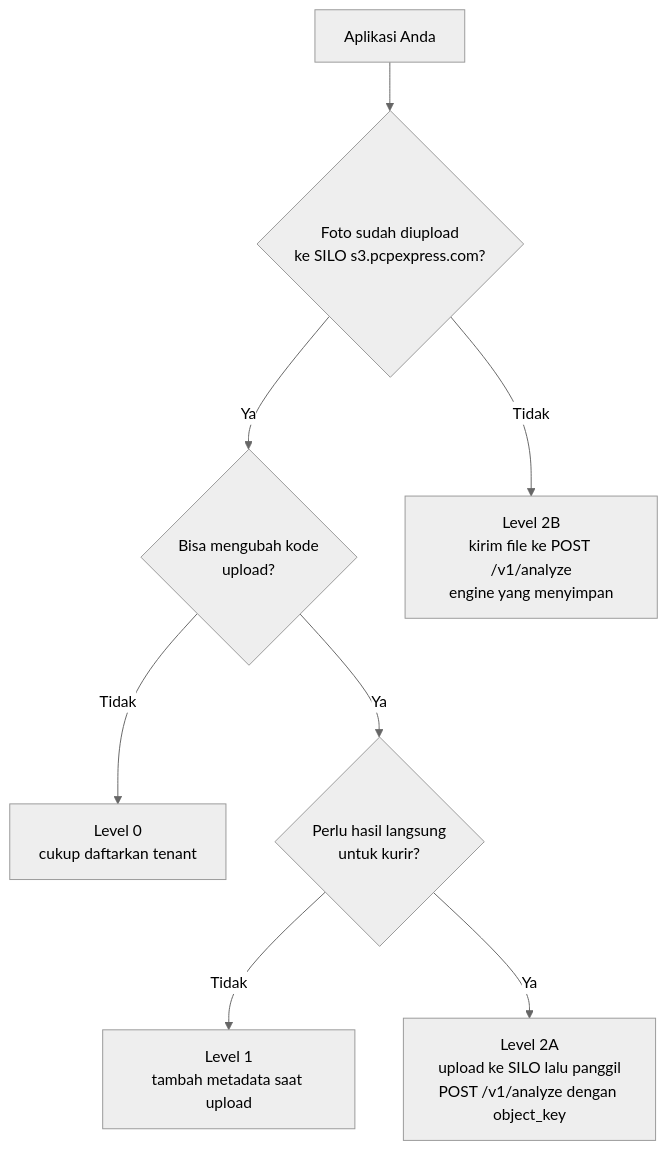
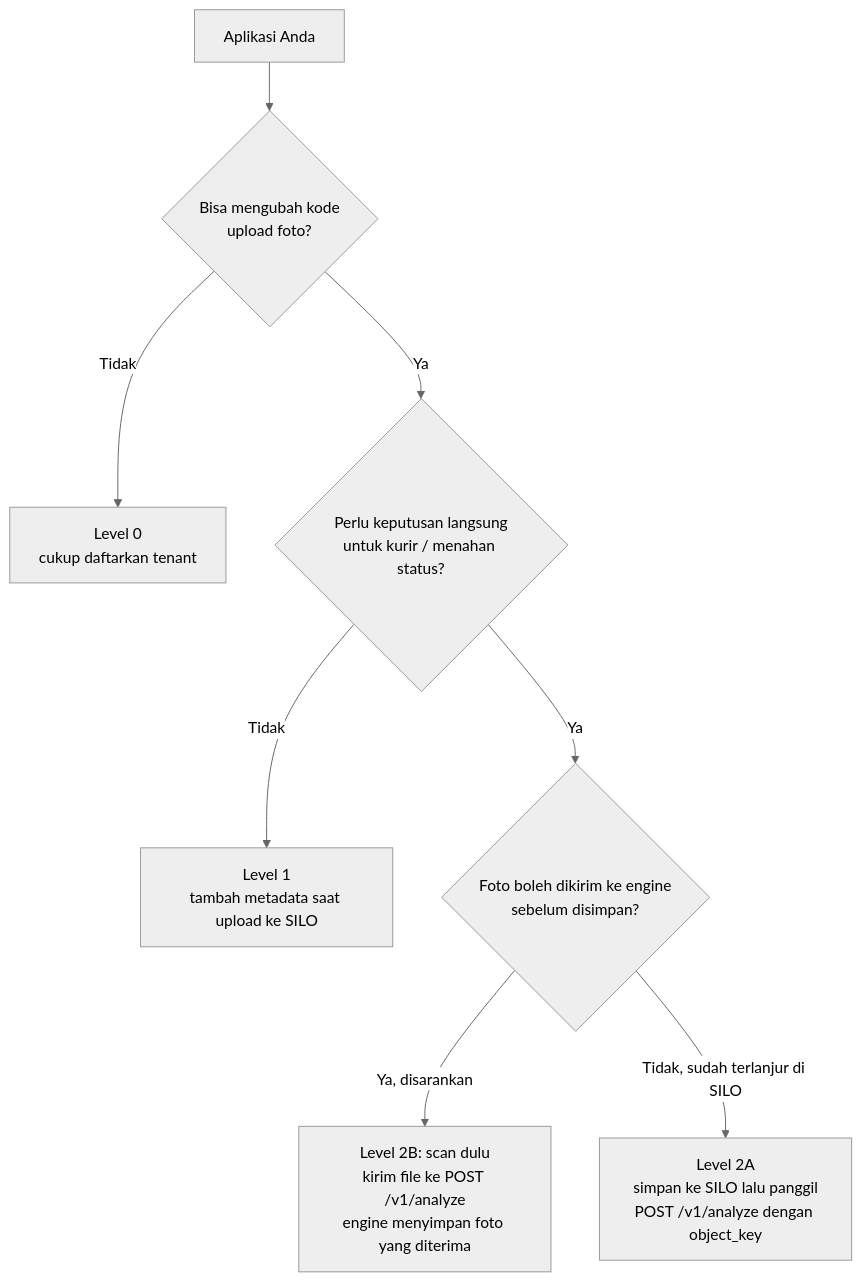
Before and after one commit to anas-fikri/ocr-engine: the second of 2 diagrams in docs/integration-guide.md, drawn with Mermaid (neutral theme). The commit also changed other lines of this file and 10 other files, not shown here.

````diff
--- a/docs/integration-guide.md
+++ b/docs/integration-guide.md
@@ -156,10 +169,10 @@
 ```mermaid
 flowchart TD
-    A[Aplikasi Anda] --> B{Foto sudah diupload<br/>ke SILO s3.pcpexpress.com?}
-    B -- Ya --> C{Bisa mengubah kode<br/>upload?}
+    A[Aplikasi Anda] --> C{Bisa mengubah kode<br/>upload foto?}
     C -- Tidak --> L0[Level 0<br/>cukup daftarkan tenant]
-    C -- Ya --> D{Perlu hasil langsung<br/>untuk kurir?}
-    D -- Tidak --> L1[Level 1<br/>tambah metadata saat upload]
-    D -- Ya --> L2A[Level 2A<br/>upload ke SILO lalu panggil<br/>POST /v1/analyze dengan object_key]
-    B -- Tidak --> L2B[Level 2B<br/>kirim file ke POST /v1/analyze<br/>engine yang menyimpan]
+    C -- Ya --> D{Perlu keputusan langsung<br/>untuk kurir / menahan status?}
+    D -- Tidak --> L1[Level 1<br/>tambah metadata saat upload ke SILO]
+    D -- Ya --> E{Foto boleh dikirim ke engine<br/>sebelum disimpan?}
+    E -- Ya, disarankan --> L2B[Level 2B: scan dulu<br/>kirim file ke POST /v1/analyze<br/>engine menyimpan foto yang diterima]
+    E -- Tidak, sudah terlanjur di SILO --> L2A[Level 2A<br/>simpan ke SILO lalu panggil<br/>POST /v1/analyze dengan object_key]
 ```
````
